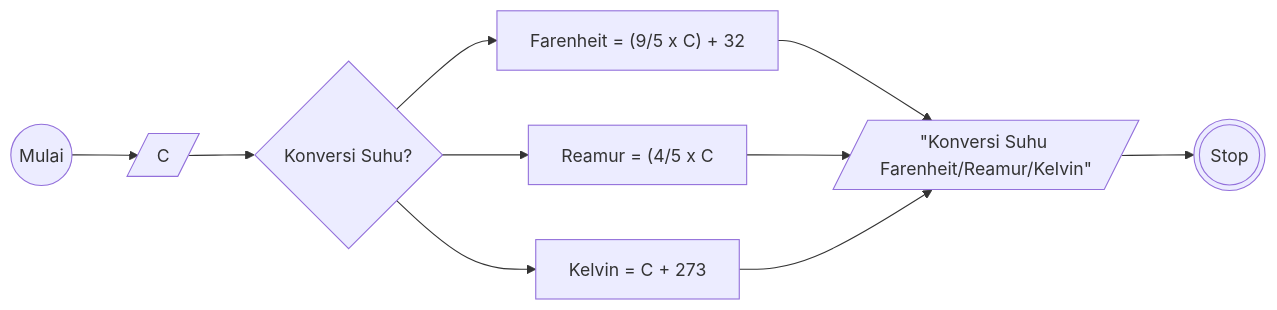
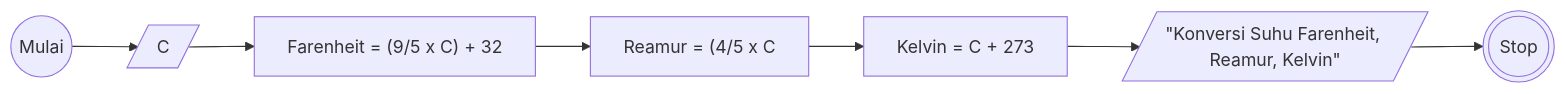
One commit to yusufbahtiarr/fgo24-algoritma changed the diagram in algoritma-minitask-konversi-suhu.md. Above: the diagram before and after it, drawn with Mermaid. The commit also changed other lines of this file, not shown here.

````diff
--- a/algoritma-minitask-konversi-suhu.md
+++ b/algoritma-minitask-konversi-suhu.md
@@ -12,22 +9,18 @@
 ```mermaid
 flowchart LR
 a@{shape: circle, label: "Mulai"}
 b@{shape: lean-r, label: "C"}
-c@{shape: diamond, label: "Konversi Suhu?"}
-cf@{shape: rect, label: "Farenheit = (9/5 x C) + 32"}
-cr@{shape: rect, label: "Reamur = (4/5 x C"}
-ck@{shape: rect, label: "Kelvin = C + 273"}
-d@{shape: lean-r, label: '"Konversi Suhu Farenheit/Reamur/Kelvin"'}
+c@{shape: rect, label: "Farenheit = (9/5 x C) + 32"}
+d@{shape: rect, label: "Reamur = (4/5 x C"}
+e@{shape: rect, label: "Kelvin = C + 273"}
+f@{shape: lean-r, label: '"Konversi Suhu Farenheit, Reamur, Kelvin"'}
 x@{shape: dbl-circ, label: "Stop"}
 
 a --> b
 b --> c
-c --> cf
-c --> cr
-c --> ck
-cf --> d
-cr --> d
-ck --> d
-d --> x
+c --> d
+d --> e
+e --> f
+f --> x
 
 ```
````
